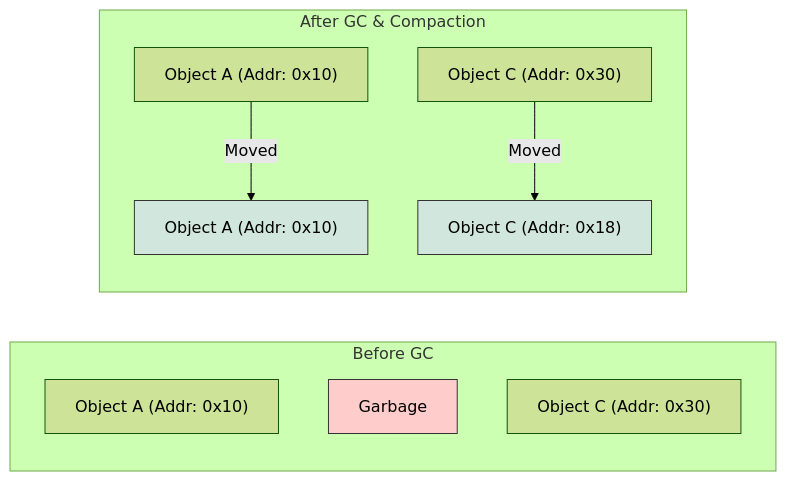
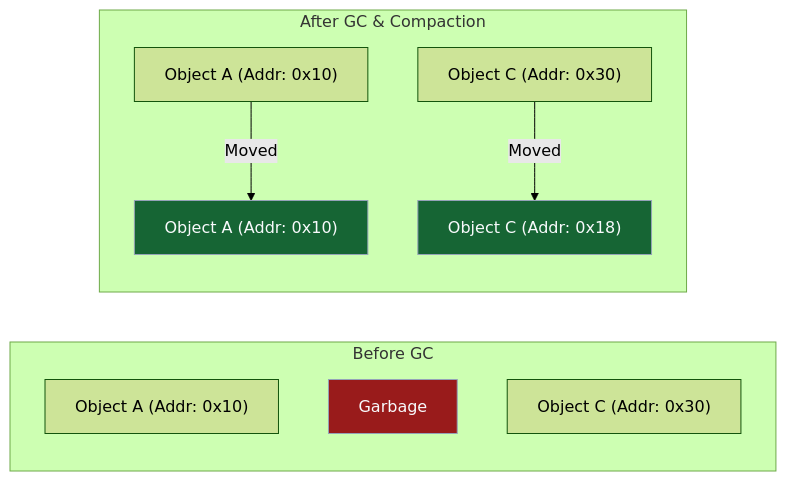
One commit to Kang-Hyesung/kang-hyesung.github.io changed the second of 2 diagrams in _posts/java/07-jvm/2026-01-04-JVM-개요.md. Above: the diagram before and after it, drawn with Mermaid (forest theme). The commit also changed other lines of this file and 74 other files, not shown here.

Commit message:
docs: update post visibility and mermaid colors

````diff
--- a/_posts/java/07-jvm/2026-01-04-JVM-개요.md
+++ b/_posts/java/07-jvm/2026-01-04-JVM-개요.md
@@ -91,18 +91,18 @@
 ```mermaid
 graph LR
     subgraph "Before GC"
         A1["Object A (Addr: 0x10)"] 
         B1["Garbage"] 
         C1["Object C (Addr: 0x30)"]
     end
 
     subgraph "After GC & Compaction"
         A2["Object A (Addr: 0x10)"] -->|Moved| A3["Object A (Addr: 0x10)"]
         C2["Object C (Addr: 0x30)"] -->|Moved| C3["Object C (Addr: 0x18)"]
     end
 
-    style B1 fill:#ffcccc,stroke:#333
-    style A3 fill:#d1e7dd,stroke:#333
-    style C3 fill:#d1e7dd,stroke:#333
+    style B1 fill:#991b1b,stroke:#94a3b8,color:#f8fafc
+    style A3 fill:#166534,stroke:#94a3b8,color:#f8fafc
+    style C3 fill:#166534,stroke:#94a3b8,color:#f8fafc
 
 ```
````
